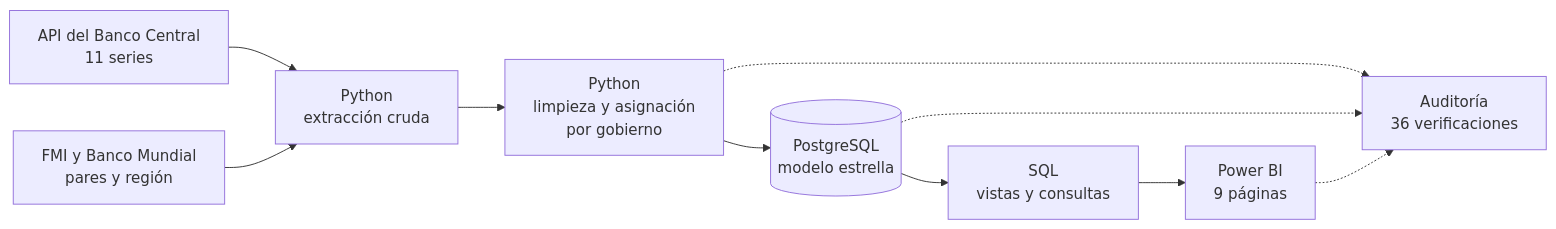
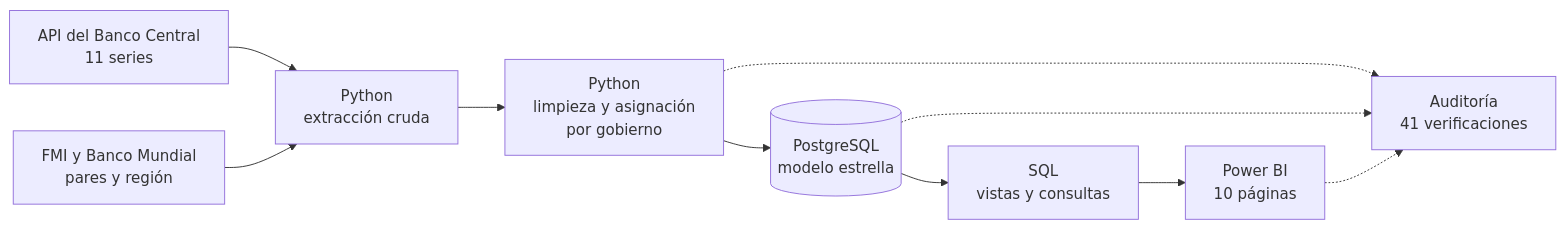
One commit to NilzAlexisDiazGarcia/chile-economia-gobiernos changed the diagram in README.md. Above: the diagram before and after it, drawn with Mermaid. The commit also changed other lines of this file and 170 other files, not shown here.

````diff
--- a/README.md
+++ b/README.md
@@ -123,12 +156,12 @@
 ```mermaid
 flowchart LR
     A[API del Banco Central<br/>11 series] --> B[Python<br/>extracción cruda]
     F[FMI y Banco Mundial<br/>pares y región] --> B
     B --> C[Python<br/>limpieza y asignación<br/>por gobierno]
     C --> D[(PostgreSQL<br/>modelo estrella)]
     D --> E[SQL<br/>vistas y consultas]
-    E --> G[Power BI<br/>9 páginas]
-    C -.-> H[Auditoría<br/>36 verificaciones]
+    E --> G[Power BI<br/>10 páginas]
+    C -.-> H[Auditoría<br/>41 verificaciones]
     D -.-> H
     G -.-> H
 ```
````
